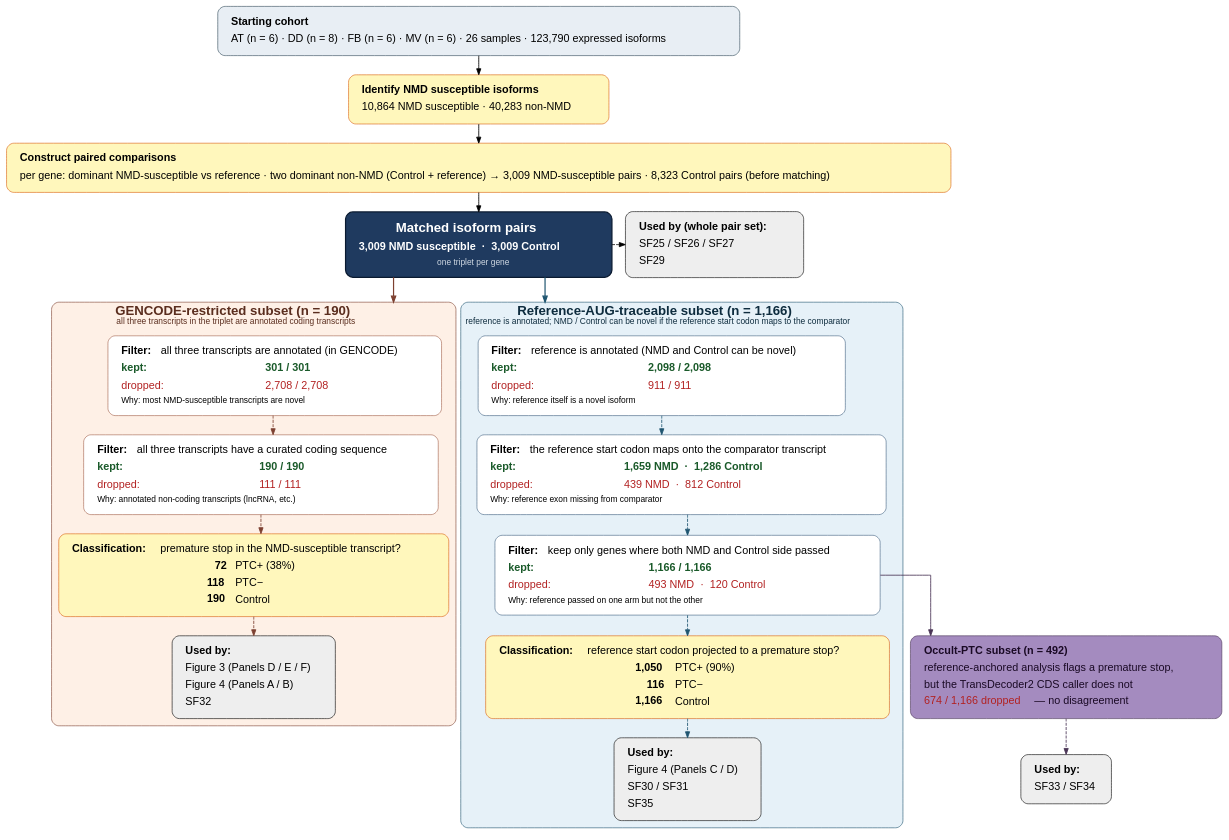
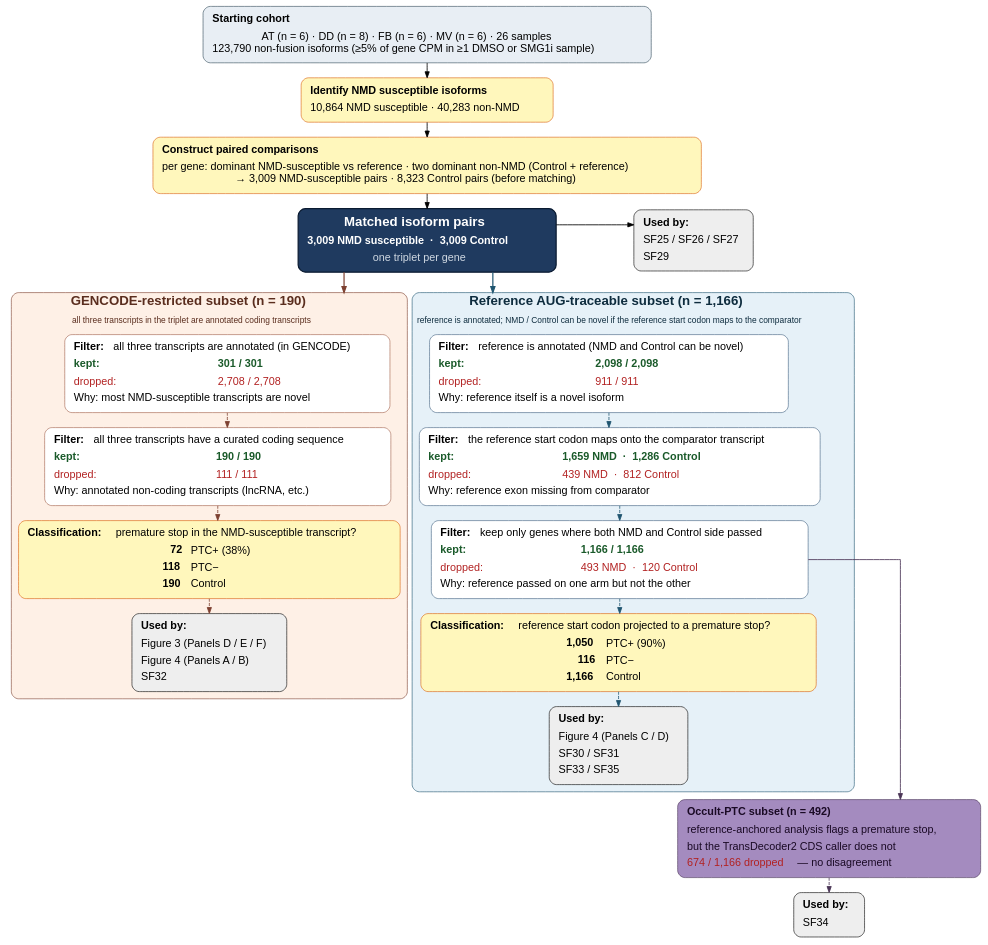
Before and after one commit to peter4244/nmd_isopair_analysis: the diagram in figures/SupplementalFigures/SF28_PairAnalysisFlowchart/figure_s_pair_analysis_flowchart.dot, drawn with Graphviz. The commit also changed 27 other files, not shown here.

```diff
--- a/figures/SupplementalFigures/SF28_PairAnalysisFlowchart/figure_s_pair_analysis_flowchart.dot
+++ b/figures/SupplementalFigures/SF28_PairAnalysisFlowchart/figure_s_pair_analysis_flowchart.dot
@@ -1,16 +1,16 @@
 
 digraph cohort_flow {
-  graph [rankdir=TB, fontname="Helvetica", nodesep=0.30, ranksep=0.45,
+  graph [rankdir=TB, fontname="Helvetica", nodesep=0.20, ranksep=0.35,
          splines=ortho, compound=true]
   node  [shape=box, style="rounded,filled", fontname="Helvetica",
-         fontsize=18, margin="0.25,0.18"]
+         fontsize=18, margin="0.15,0.12"]
   edge  [color="#666", penwidth=1.4, fontname="Helvetica",
-         fontsize=14, fontcolor="#444"]
+         fontsize=18, fontcolor="#444"]
 
   // ─── Starting cohort + upstream classification + pair construction
-  U1 [label=<<TABLE BORDER="0" CELLBORDER="0" CELLSPACING="0" CELLPADDING="4"><TR><TD ALIGN="LEFT"><B>Starting cohort</B></TD></TR><TR><TD ALIGN="LEFT">AT (n = 6) · DD (n = 8) · FB (n = 6) · MV (n = 6) · 26 samples · 123,790 expressed isoforms</TD></TR></TABLE>>, fillcolor="#e8eef4", color="#2f4858"]
+  U1 [label=<<TABLE BORDER="0" CELLBORDER="0" CELLSPACING="0" CELLPADDING="4"><TR><TD ALIGN="LEFT"><B>Starting cohort</B></TD></TR><TR><TD ALIGN="LEFT">AT (n = 6) · DD (n = 8) · FB (n = 6) · MV (n = 6) · 26 samples<BR/>123,790 non-fusion isoforms (≥5% of gene CPM in ≥1 DMSO or SMG1i sample)</TD></TR></TABLE>>, fillcolor="#e8eef4", color="#2f4858"]
   U2 [label=<<TABLE BORDER="0" CELLBORDER="0" CELLSPACING="0" CELLPADDING="4"><TR><TD ALIGN="LEFT"><B>Identify NMD susceptible isoforms</B></TD></TR><TR><TD ALIGN="LEFT">10,864 NMD susceptible · 40,283 non-NMD</TD></TR></TABLE>>, fillcolor="#fff7bc", color="#d95f0e"]
-  U3 [label=<<TABLE BORDER="0" CELLBORDER="0" CELLSPACING="0" CELLPADDING="4"><TR><TD ALIGN="LEFT"><B>Construct paired comparisons</B></TD></TR><TR><TD ALIGN="LEFT">per gene: dominant NMD-susceptible vs reference · two dominant non-NMD (Control + reference) → 3,009 NMD-susceptible pairs · 8,323 Control pairs (before matching)</TD></TR></TABLE>>, fillcolor="#fff7bc", color="#d95f0e"]
+  U3 [label=<<TABLE BORDER="0" CELLBORDER="0" CELLSPACING="0" CELLPADDING="4"><TR><TD ALIGN="LEFT"><B>Construct paired comparisons</B></TD></TR><TR><TD ALIGN="LEFT">per gene: dominant NMD-susceptible vs reference · two dominant non-NMD (Control + reference)<BR/>→ 3,009 NMD-susceptible pairs · 8,323 Control pairs (before matching)</TD></TR></TABLE>>, fillcolor="#fff7bc", color="#d95f0e"]
 
   U1 -> U2 -> U3
 
@@ -18,7 +18,7 @@
   HUB [label=<<TABLE BORDER="0" CELLBORDER="0" CELLSPACING="0" CELLPADDING="4">
                 <TR><TD ALIGN="CENTER"><FONT COLOR="white" POINT-SIZE="22"><B>Matched isoform pairs</B></FONT></TD></TR>
                 <TR><TD ALIGN="CENTER"><FONT COLOR="white"><B>3,009 NMD susceptible  ·  3,009 Control</B></FONT></TD></TR>
-                <TR><TD ALIGN="CENTER"><FONT COLOR="#cfd8e2" POINT-SIZE="14">one triplet per gene</FONT></TD></TR>
+                <TR><TD ALIGN="CENTER"><FONT COLOR="#cfd8e2" POINT-SIZE="18">one triplet per gene</FONT></TD></TR>
               </TABLE>>,
        fillcolor="#1f3a5f", color="#0a1a30", penwidth=2.0]
 
@@ -26,7 +26,7 @@
 
   // ─── Subset 1 cluster (left) ─────────────────────────────────────
   subgraph cluster_S1 {
-    label = <<FONT POINT-SIZE="22"><B>GENCODE-restricted subset (n = 190)</B></FONT><BR/>all three transcripts in the triplet are annotated coding transcripts>
+    label = <<FONT POINT-SIZE="22"><B>GENCODE-restricted subset (n = 190)</B></FONT><BR/><BR/>all three transcripts in the triplet are annotated coding transcripts>
     labelloc = "t"
     style = "rounded,filled"
     fillcolor = "#fef0e6"
@@ -45,7 +45,7 @@
          <TD ALIGN="LEFT"><FONT COLOR="#b22222">2,708 / 2,708</FONT></TD>
        </TR>
        <TR>
-         <TD ALIGN="LEFT" COLSPAN="2"><FONT POINT-SIZE="14" COLOR="#444">Why: most NMD-susceptible transcripts are novel</FONT></TD>
+         <TD ALIGN="LEFT" COLSPAN="2"><FONT POINT-SIZE="18" COLOR="#444">Why: most NMD-susceptible transcripts are novel</FONT></TD>
        </TR>
      </TABLE>>, fillcolor="white", color="#a2604a"]
     S1_F2 [label=<<TABLE BORDER="0" CELLBORDER="0" CELLSPACING="0" CELLPADDING="4">
@@ -59,7 +59,7 @@
          <TD ALIGN="LEFT"><FONT COLOR="#b22222">111 / 111</FONT></TD>
        </TR>
        <TR>
-         <TD ALIGN="LEFT" COLSPAN="2"><FONT POINT-SIZE="14" COLOR="#444">Why: annotated non-coding transcripts (lncRNA, etc.)</FONT></TD>
+         <TD ALIGN="LEFT" COLSPAN="2"><FONT POINT-SIZE="18" COLOR="#444">Why: annotated non-coding transcripts (lncRNA, etc.)</FONT></TD>
        </TR>
      </TABLE>>, fillcolor="white", color="#a2604a"]
 
@@ -84,7 +84,7 @@
 
   // ─── Subset 2 cluster (right) ────────────────────────────────────
   subgraph cluster_S2 {
-    label = <<FONT POINT-SIZE="22"><B>Reference-AUG-traceable subset (n = 1,166)</B></FONT><BR/>reference is annotated; NMD / Control can be novel if the reference start codon maps to the comparator>
+    label = <<FONT POINT-SIZE="22"><B>Reference AUG-traceable subset (n = 1,166)</B></FONT><BR/><BR/>reference is annotated; NMD / Control can be novel if the reference start codon maps to the comparator>
     labelloc = "t"
     style = "rounded,filled"
     fillcolor = "#e6f1f8"
@@ -103,7 +103,7 @@
          <TD ALIGN="LEFT"><FONT COLOR="#b22222">911 / 911</FONT></TD>
        </TR>
        <TR>
-         <TD ALIGN="LEFT" COLSPAN="2"><FONT POINT-SIZE="14" COLOR="#444">Why: reference itself is a novel isoform</FONT></TD>
+         <TD ALIGN="LEFT" COLSPAN="2"><FONT POINT-SIZE="18" COLOR="#444">Why: reference itself is a novel isoform</FONT></TD>
        </TR>
      </TABLE>>, fillcolor="white", color="#406080"]
     S2_F2 [label=<<TABLE BORDER="0" CELLBORDER="0" CELLSPACING="0" CELLPADDING="4">
@@ -117,7 +117,7 @@
          <TD ALIGN="LEFT"><FONT COLOR="#b22222">439 NMD  ·  812 Control</FONT></TD>
        </TR>
        <TR>
-         <TD ALIGN="LEFT" COLSPAN="2"><FONT POINT-SIZE="14" COLOR="#444">Why: reference exon missing from comparator</FONT></TD>
+         <TD ALIGN="LEFT" COLSPAN="2"><FONT POINT-SIZE="18" COLOR="#444">Why: reference exon missing from comparator</FONT></TD>
        </TR>
      </TABLE>>, fillcolor="white", color="#406080"]
     S2_F3 [label=<<TABLE BORDER="0" CELLBORDER="0" CELLSPACING="0" CELLPADDING="4">
@@ -131,7 +131,7 @@
          <TD ALIGN="LEFT"><FONT COLOR="#b22222">493 NMD  ·  120 Control</FONT></TD>
        </TR>
        <TR>
-         <TD ALIGN="LEFT" COLSPAN="2"><FONT POINT-SIZE="14" COLOR="#444">Why: reference passed on one arm but not the other</FONT></TD>
+         <TD ALIGN="LEFT" COLSPAN="2"><FONT POINT-SIZE="18" COLOR="#444">Why: reference passed on one arm but not the other</FONT></TD>
        </TR>
      </TABLE>>, fillcolor="white", color="#406080"]
 
@@ -147,7 +147,7 @@
                      <TR><TD ALIGN="LEFT"><B>Used by:</B></TD></TR>
                      <TR><TD ALIGN="LEFT">Figure 4 (Panels C / D)</TD></TR>
                      <TR><TD ALIGN="LEFT">SF30 / SF31</TD></TR>
-                     <TR><TD ALIGN="LEFT">SF35</TD></TR>
+                     <TR><TD ALIGN="LEFT">SF33 / SF35</TD></TR>
                    </TABLE>>,
              fillcolor="#eeeeee", color="#666"]
 
@@ -165,17 +165,22 @@
 
   HPTC_CONS [label=<<TABLE BORDER="0" CELLBORDER="0" CELLSPACING="0" CELLPADDING="4">
                      <TR><TD ALIGN="LEFT"><B>Used by:</B></TD></TR>
-                     <TR><TD ALIGN="LEFT">SF33 / SF34</TD></TR>
+                     <TR><TD ALIGN="LEFT">SF34</TD></TR>
                    </TABLE>>,
              fillcolor="#eeeeee", color="#666"]
 
   // ─── Direct-from-hub consumers (whole pair set, no further narrowing) ─
   HUB_CONS [label=<<TABLE BORDER="0" CELLBORDER="0" CELLSPACING="0" CELLPADDING="4">
-                    <TR><TD ALIGN="LEFT"><B>Used by (whole pair set):</B></TD></TR>
+                    <TR><TD ALIGN="LEFT"><B>Used by:</B></TD></TR>
                     <TR><TD ALIGN="LEFT">SF25 / SF26 / SF27</TD></TR>
                     <TR><TD ALIGN="LEFT">SF29</TD></TR>
                   </TABLE>>,
             fillcolor="#eeeeee", color="#666"]
+
+  // Invisible spacer to force horizontal breathing room on the HUB→HUB_CONS
+  // arrow; without it, rank=same pins HUB_CONS one nodesep (0.20) from HUB
+  // and the arrow visually collapses.
+  HUB_PAD [style=invis, width=1.4, height=0.01, label=""]
 
   // ─── Edges from hub into subset clusters and TD2 sub-cascade ─────
   // HUB → cluster arrows: no tailport specifier on either edge (mixed ports
@@ -189,9 +194,14 @@
   // HUB_CONS placed to the RIGHT of HUB (same rank), not below — the
   // whole-pair-set descriptive analyses are a sibling of the two subset
   // narrowings, so a lateral placement reads more accurately.
-  HUB -> HUB_CONS [style=dashed, color="#555", constraint=false]
-  { rank = same; HUB; HUB_CONS }
+  HUB -> HUB_PAD [style=invis]
+  HUB_PAD -> HUB_CONS [style=invis]
+  // Solid arrow — HUB_CONS is a peer consumer of the HUB (same class as
+  // HUB → S1 / HUB → S2), so it takes the main-flow edge style. Dashed
+  // is reserved for edges inside a cluster (…_GROUPS → …_CONS).
+  HUB -> HUB_CONS [color="#555", constraint=false]
+  { rank = same; HUB; HUB_PAD; HUB_CONS }
 
-  S2_F3 -> HPTC [color="#4a3556"]
+  S2_F3 -> HPTC [color="#4a3556", minlen=3]
   HPTC -> HPTC_CONS [style=dashed, color="#4a3556"]
 }
```
